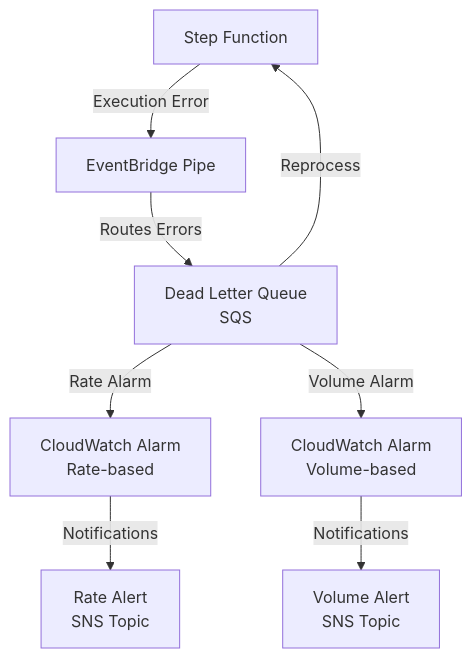
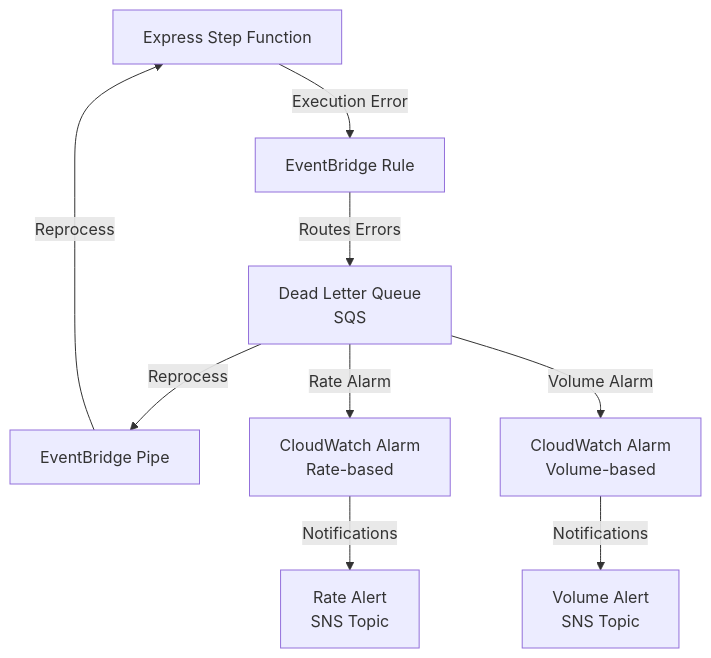
One commit to SevenPico/terraform-aws-express-step-function-error-notification changed the diagram in README.md. Above: the diagram before and after it, drawn with Mermaid. The commit also changed other lines of this file, not shown here.

Commit message:
wip: readme fixes

````diff
--- a/README.md
+++ b/README.md
@@ -7,10 +7,11 @@
 ```mermaid
 graph TD
-    SF[Step Function] -->|Execution Error| EP[EventBridge Pipe]
-    EP -->|Routes Errors| DLQ[Dead Letter Queue<br/>SQS]
-    DLQ -->|Reprocess| SF
+    ESF[Express Step Function] -->|Execution Error| EBR[EventBridge Rule]
+    EBR -->|Routes Errors| DLQ[Dead Letter Queue<br/>SQS]
+    DLQ -->|Reprocess| EBP[EventBridge Pipe]
+    EBP -->|Reprocess| ESF
     DLQ -->|Rate Alarm| CWR[CloudWatch Alarm<br/>Rate-based]
     DLQ -->|Volume Alarm| CWV[CloudWatch Alarm<br/>Volume-based]
     CWR -->|Notifications| SNS1[Rate Alert<br/>SNS Topic]
     CWV -->|Notifications| SNS2[Volume Alert<br/>SNS Topic]
 ```
````
